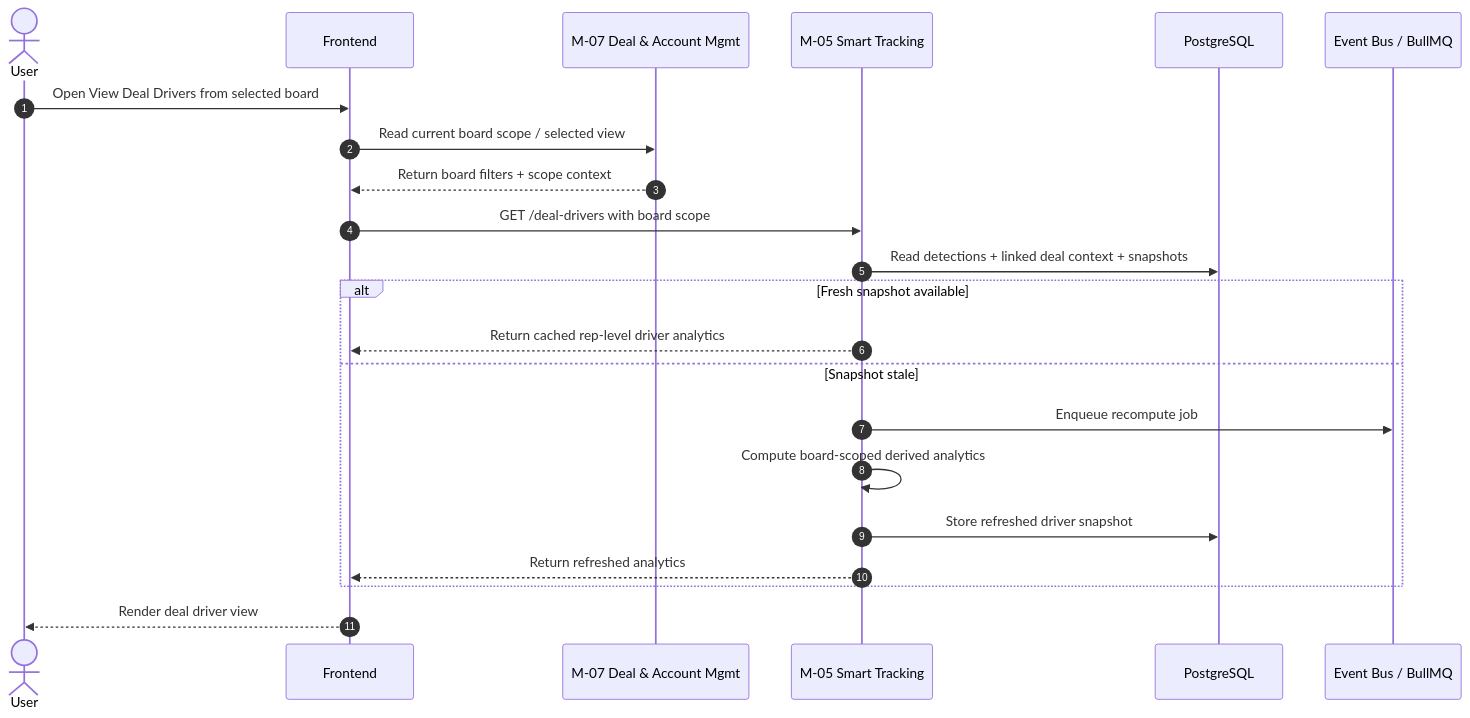
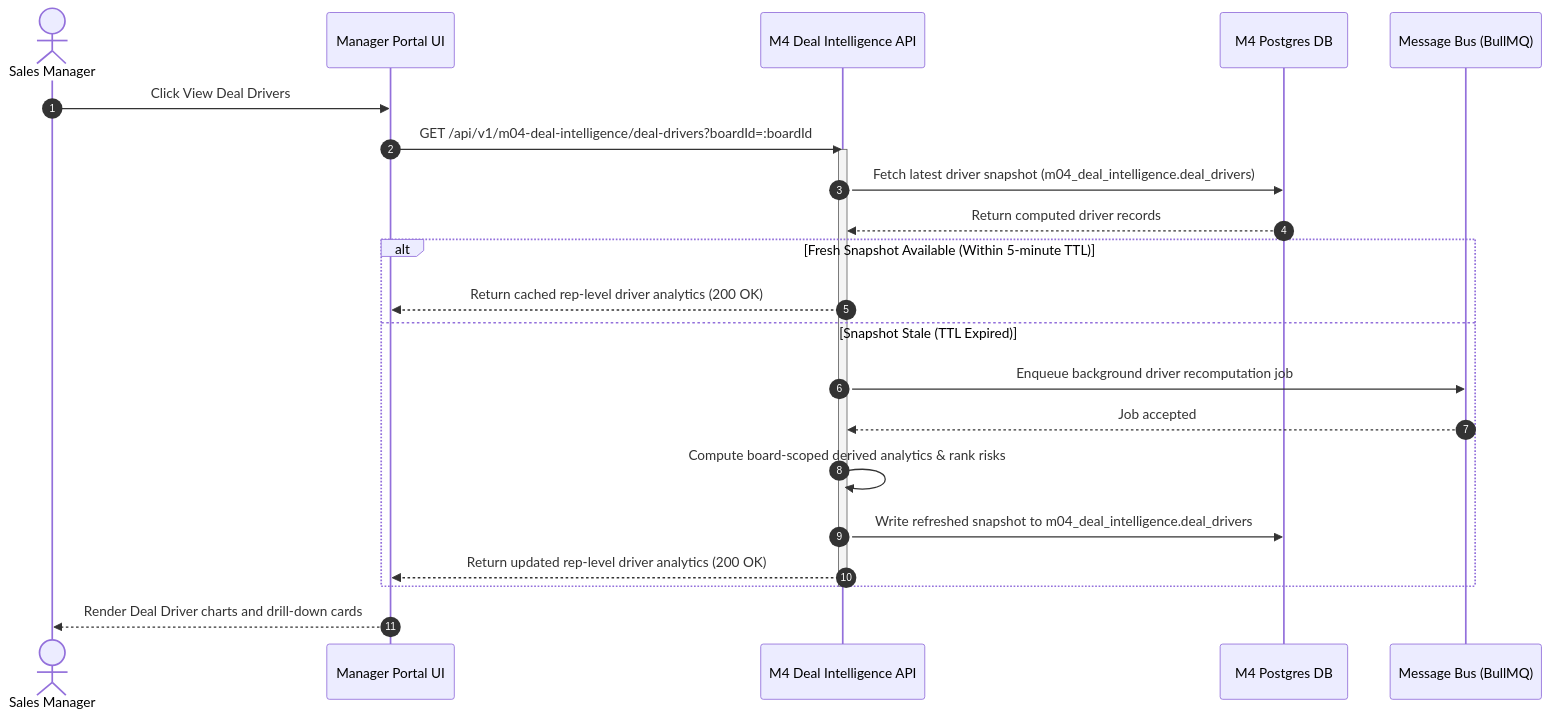
Before and after one commit to PoojaTiwari09/FB-and-RP-Fixes: the fourth of 5 diagrams in Reference documents/M4 Deal Intelligence/Sequence Diagrams for M4.md, drawn with Mermaid. The commit also changed other lines of this file and 79 other files, not shown here.

````diff
--- a/Reference documents/M4 Deal Intelligence/Sequence Diagrams for M4.md
+++ b/Reference documents/M4 Deal Intelligence/Sequence Diagrams for M4.md
@@ -263,25 +132,28 @@
 ```mermaid
 sequenceDiagram
     autonumber
-    actor U as User
-    participant UI as Frontend
-    participant M07 as M-07 Deal & Account Mgmt
-    participant M05 as M-05 Smart Tracking
-    participant DB as PostgreSQL
-    participant Q as Event Bus / BullMQ
+    actor User as Sales Manager
+    participant UI as Manager Portal UI
+    participant M4 as M4 Deal Intelligence API
+    participant M4_DB as M4 Postgres DB
+    participant Bus as Message Bus (BullMQ)
 
-    U->>UI: Open View Deal Drivers from selected board
-    UI->>M07: Read current board scope / selected view
-    M07-->>UI: Return board filters + scope context
-    UI->>M05: GET /deal-drivers with board scope
-    M05->>DB: Read detections + linked deal context + snapshots
-    alt Fresh snapshot available
-        M05-->>UI: Return cached rep-level driver analytics
-    else Snapshot stale
-        M05->>Q: Enqueue recompute job
-        M05->>M05: Compute board-scoped derived analytics
-        M05->>DB: Store refreshed driver snapshot
-        M05-->>UI: Return refreshed analytics
+    User->>UI: Click View Deal Drivers
+    UI->>M4: GET /api/v1/m04-deal-intelligence/deal-drivers?boardId=:boardId
+    activate M4
+    
+    M4->>M4_DB: Fetch latest driver snapshot (m04_deal_intelligence.deal_drivers)
+    M4_DB-->>M4: Return computed driver records
+
+    alt Fresh Snapshot Available (Within 5-minute TTL)
+        M4-->>UI: Return cached rep-level driver analytics (200 OK)
+    else Snapshot Stale (TTL Expired)
+        M4->>Bus: Enqueue background driver recomputation job
+        Bus-->>M4: Job accepted
+        M4->>M4: Compute board-scoped derived analytics & rank risks
+        M4->>M4_DB: Write refreshed snapshot to m04_deal_intelligence.deal_drivers
+        M4-->>UI: Return updated rep-level driver analytics (200 OK)
     end
-    UI-->>U: Render deal driver view
+    deactivate M4
+    UI-->>User: Render Deal Driver charts and drill-down cards
 ```
````
